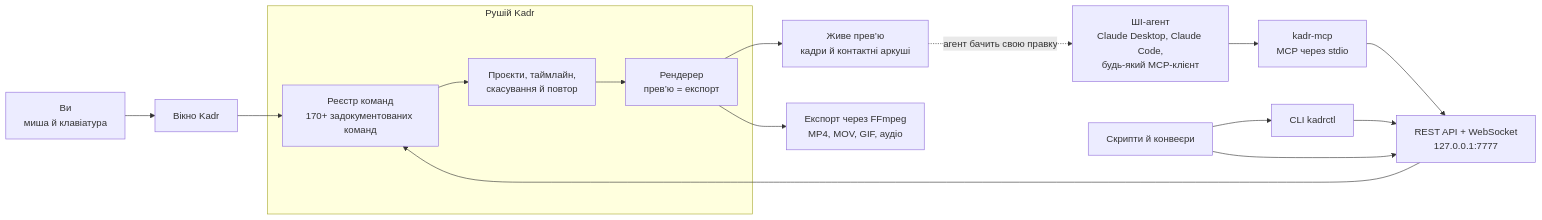
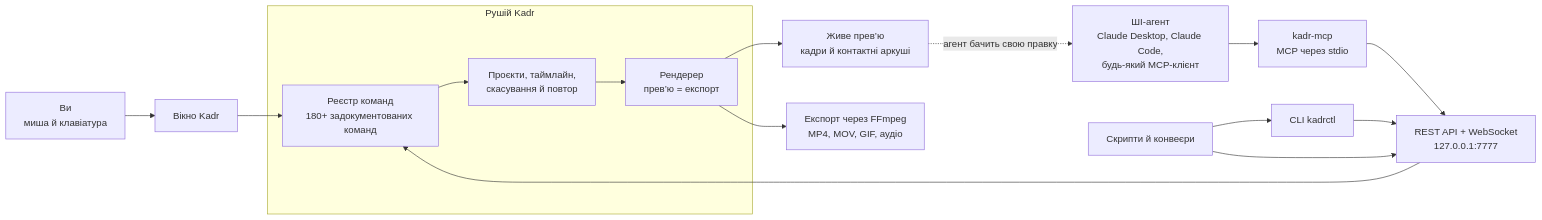
Before and after one commit to gitkalenyuk/kadr: the diagram in README.uk.md, drawn with Mermaid. The commit also changed other lines of this file and 196 other files, not shown here.

````diff
--- a/README.uk.md
+++ b/README.uk.md
@@ -132,18 +134,18 @@
 ```mermaid
 flowchart LR
     you["Ви<br/>миша й клавіатура"] --> ui["Вікно Kadr"]
     agent["ШІ-агент<br/>Claude Desktop, Claude Code,<br/>будь-який MCP-клієнт"] --> mcp["kadr-mcp<br/>MCP через stdio"]
     scripts["Скрипти й конвеєри"] --> cli["CLI kadrctl"]
     scripts --> rest
     mcp --> rest["REST API + WebSocket<br/>127.0.0.1:7777"]
     cli --> rest
     subgraph engine["Рушій Kadr"]
-        registry["Реєстр команд<br/>170+ задокументованих команд"] --> model["Проєкти, таймлайн,<br/>скасування й повтор"]
+        registry["Реєстр команд<br/>180+ задокументованих команд"] --> model["Проєкти, таймлайн,<br/>скасування й повтор"]
         model --> renderer["Рендерер<br/>прев’ю = експорт"]
     end
     ui --> registry
     rest --> registry
     renderer --> preview["Живе прев’ю<br/>кадри й контактні аркуші"]
     renderer --> output["Експорт через FFmpeg<br/>MP4, MOV, GIF, аудіо"]
     preview -. агент бачить свою правку .-> agent
 ```
````
